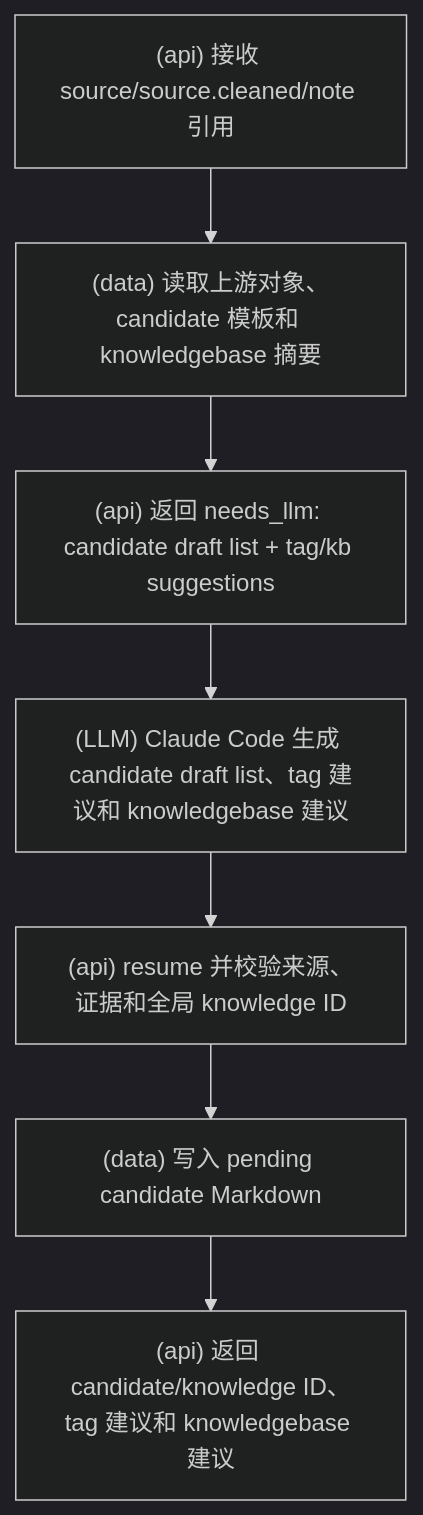
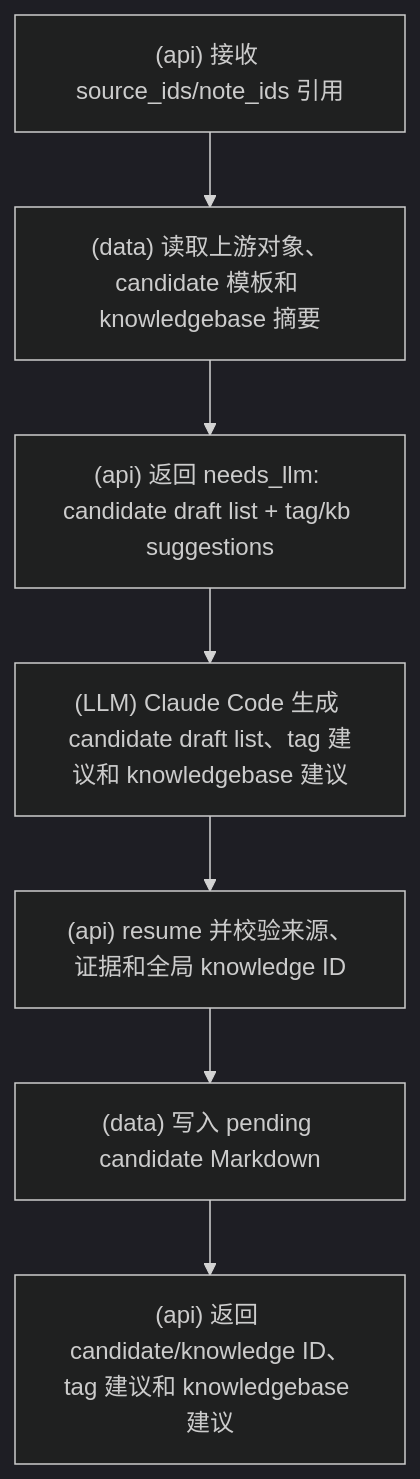
Before and after one commit to srangerme/KBManager: the fourth of 16 diagrams in docs/流程图.md, drawn with Mermaid (dark theme). The commit also changed 25 other files, not shown here.

````diff
--- a/docs/流程图.md
+++ b/docs/流程图.md
@@ -55,9 +55,9 @@
 ```mermaid
 flowchart TD
-  A["(api) 接收 source/source.cleaned/note 引用"] --> B["(data) 读取上游对象、candidate 模板和 knowledgebase 摘要"]
+  A["(api) 接收 source_ids/note_ids 引用"] --> B["(data) 读取上游对象、candidate 模板和 knowledgebase 摘要"]
   B --> C["(api) 返回 needs_llm: candidate draft list + tag/kb suggestions"]
   C --> D["(LLM) Claude Code 生成 candidate draft list、tag 建议和 knowledgebase 建议"]
   D --> E["(api) resume 并校验来源、证据和全局 knowledge ID"]
   E --> F["(data) 写入 pending candidate Markdown"]
   F --> G["(api) 返回 candidate/knowledge ID、tag 建议和 knowledgebase 建议"]
 ```
````
